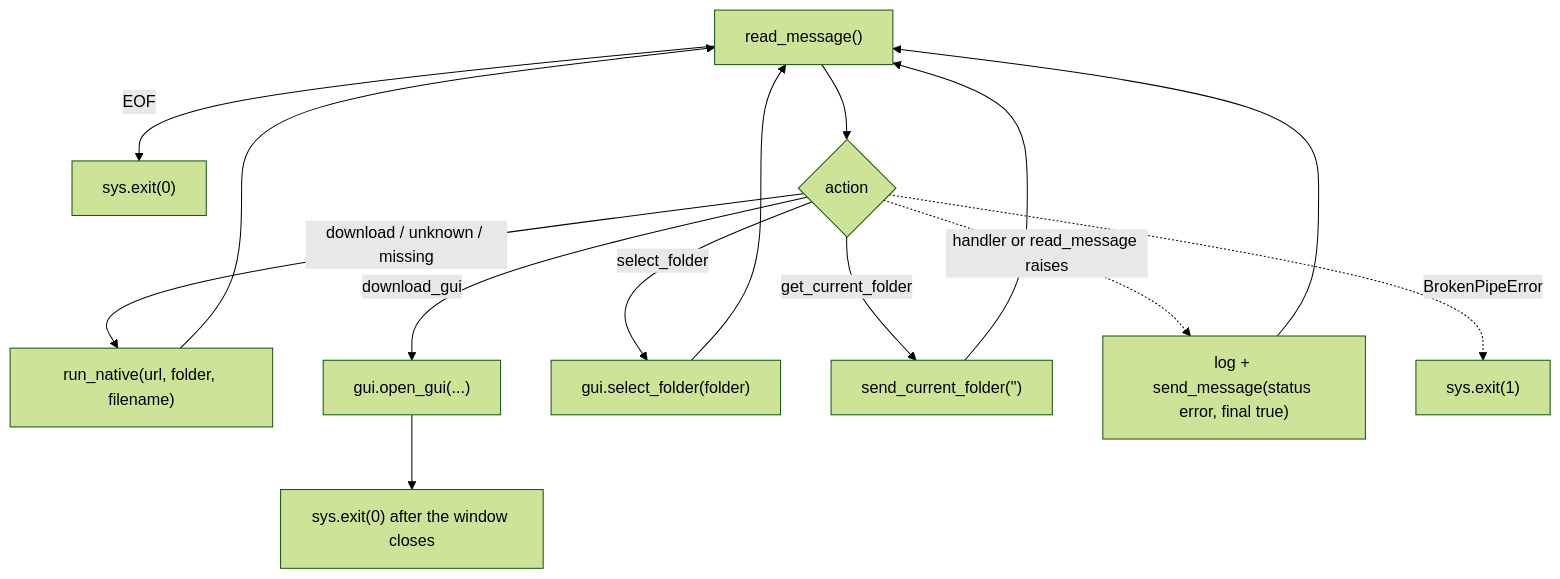
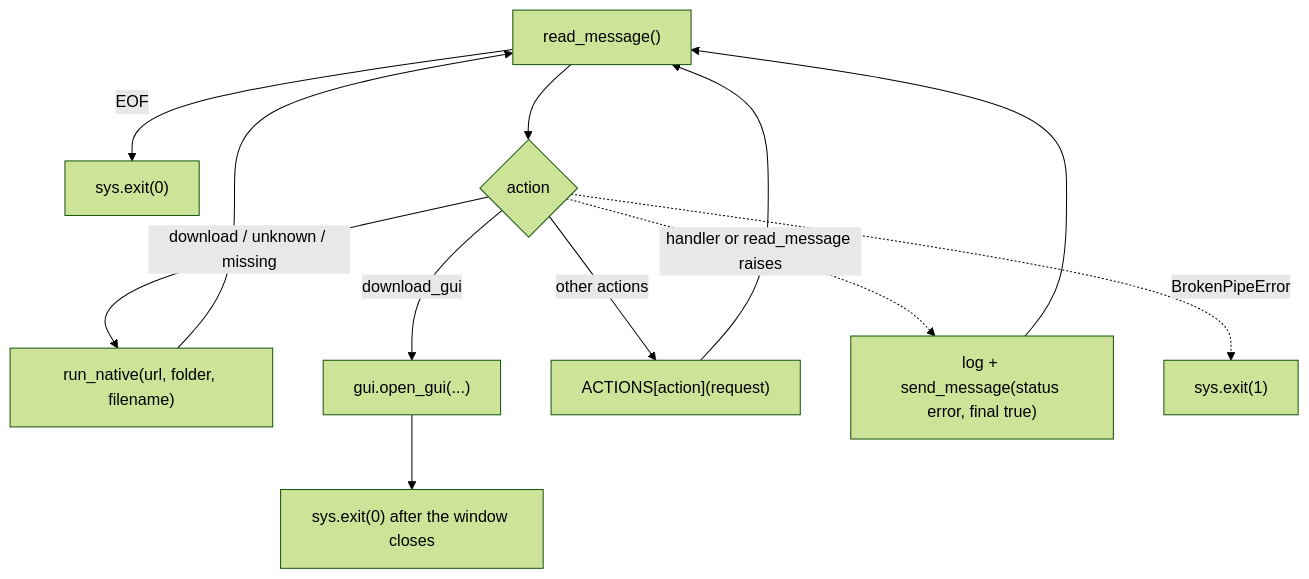
Before and after one commit to martin-iflap/YT-MP3-Downloader: the eighth of 22 diagrams in ARCHITECTURE.md, drawn with Mermaid (forest theme). The commit also changed other lines of this file and 20 other files, not shown here.

````diff
--- a/ARCHITECTURE.md
+++ b/ARCHITECTURE.md
@@ -386,14 +505,12 @@
 ```mermaid
 flowchart TB
     R["read_message()"] -- "EOF" --> X["sys.exit(0)"]
     R --> D{"action"}
     D -- "download / unknown / missing" --> RN["run_native(url, folder, filename)"]
     D -- "download_gui" --> RG["gui.open_gui(...)"] --> X0["sys.exit(0) after the window closes"]
-    D -- "select_folder" --> SF["gui.select_folder(folder)"]
-    D -- "get_current_folder" --> GC["send_current_folder('')"]
+    D -- "other actions" --> H["ACTIONS[action](request)"]
     RN --> R
-    SF --> R
-    GC --> R
+    H --> R
     D -. "handler or read_message raises" .-> E["log + send_message(status error, final true)"] --> R
     D -. "BrokenPipeError" .-> X1["sys.exit(1)"]
 ```
````
